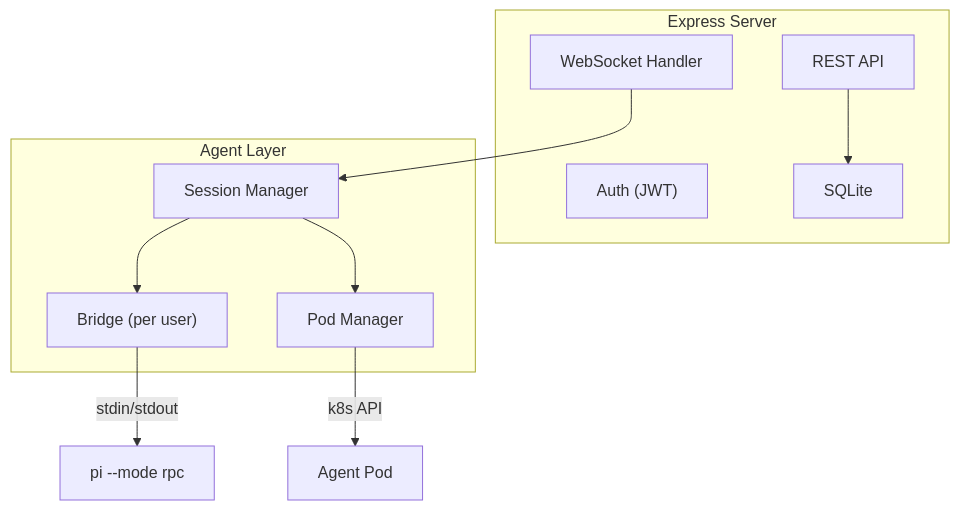
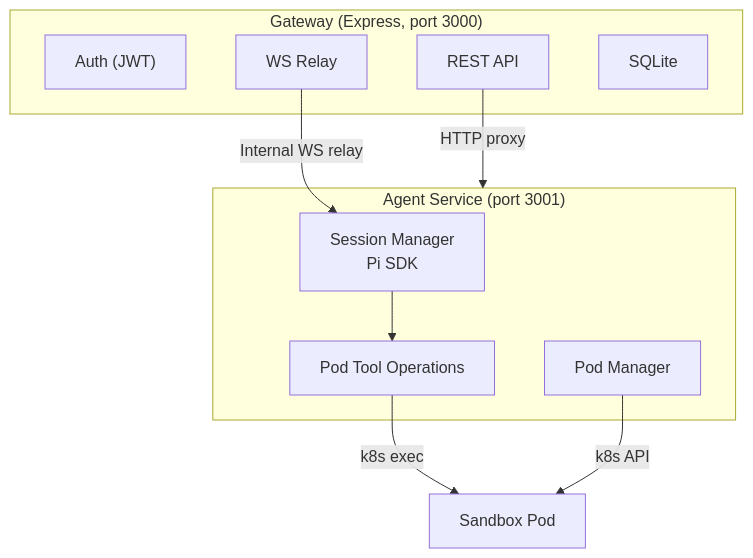
One commit to sigilmakes/goldilocks-app changed the diagram in docs/architecture/backend.md. Above: the diagram before and after it, drawn with Mermaid. The commit also changed other lines of this file and 7 other files, not shown here.

First line of the commit message:
docs: rewrite architecture docs for agent-service topology

````diff
--- a/docs/architecture/backend.md
+++ b/docs/architecture/backend.md
@@ -7,21 +7,20 @@
 ```mermaid
 graph TD
-    subgraph Express["Express Server"]
+    subgraph Gateway["Gateway (Express, port 3000)"]
         Auth["Auth (JWT)"]
-        WS["WebSocket Handler"]
+        WS["WS Relay"]
         REST["REST API"]
         DB["SQLite"]
     end
-    subgraph Agent["Agent Layer"]
-        SM["Session Manager"]
-        Bridge["Bridge (per user)"]
+    subgraph AgentSvc["Agent Service (port 3001)"]
+        SM["Session Manager<br/>Pi SDK"]
         PM["Pod Manager"]
+        PT["Pod Tool Operations"]
     end
 
-    WS --> SM
-    REST --> DB
-    SM --> Bridge
-    SM --> PM
-    Bridge -->|"stdin/stdout"| Pi["pi --mode rpc"]
-    PM -->|"k8s API"| Pod["Agent Pod"]
+    WS -->|"Internal WS relay"| SM
+    REST -->|"HTTP proxy"| AgentSvc
+    SM --> PT
+    PT -->|"k8s exec"| Pod["Sandbox Pod"]
+    PM -->|"k8s API"| Pod
 ```
````
